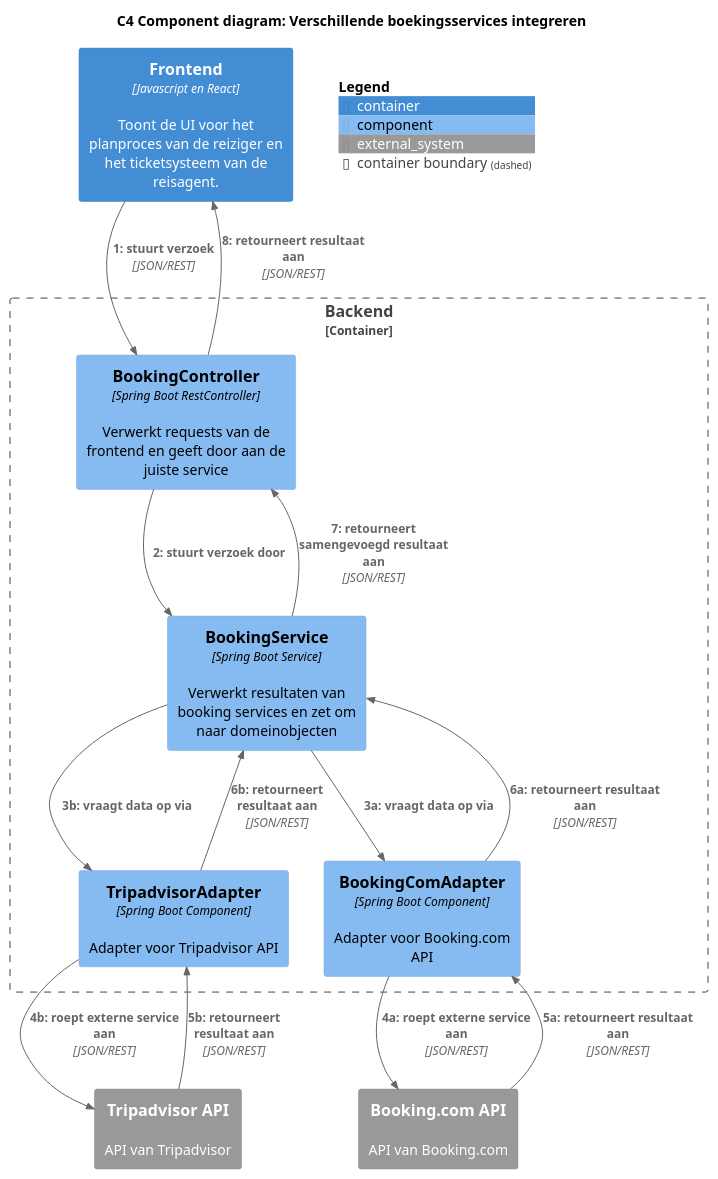
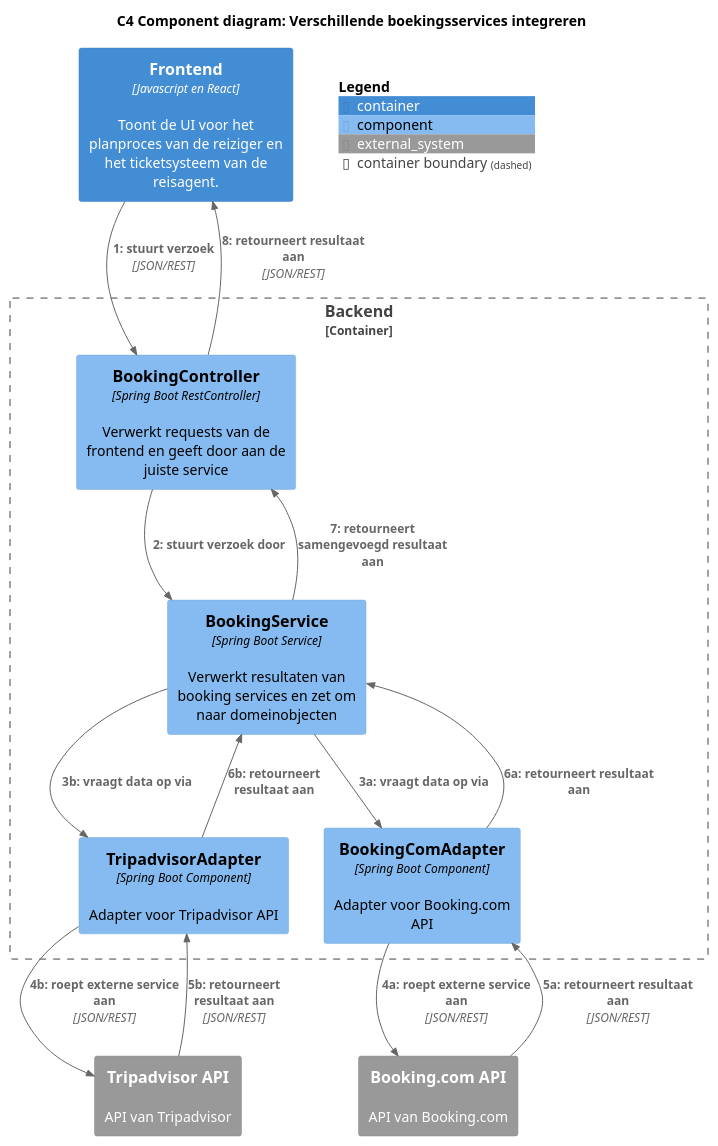
One commit to AIM-ENE-feb25/triptop-groep-4-jochem-roald-stijn-a changed the diagram in software-guidebook/sgb-bestanden/ontwerpvragen/Modifiability - dynamic Component diagram.puml. Above: the diagram before and after it, drawn with PlantUML.

Commit message:
Update Modifiability - dynamic Component diagram.puml

```diff
--- a/software-guidebook/sgb-bestanden/ontwerpvragen/Modifiability - dynamic Component diagram.puml
+++ b/software-guidebook/sgb-bestanden/ontwerpvragen/Modifiability - dynamic Component diagram.puml
@@ -1,36 +1,36 @@
 @startuml
 title C4 Component diagram: Verschillende boekingsservices integreren
 !include <C4/C4_Component.puml>
 top to bottom direction
 
 
 Container(Frontend, "Frontend", "Javascript en React", "Toont de UI voor het planproces van de reiziger en het ticketsysteem van de reisagent.")
 
 
 Container_Boundary(backend, "Backend") {
 Component(bookingController, "BookingController", "Spring Boot RestController", "Verwerkt requests van de frontend en geeft door aan de juiste service")
 Component(bookingService, "BookingService", "Spring Boot Service", "Verwerkt resultaten van booking services en zet om naar domeinobjecten")
 Component(BookingComAdapter, "BookingComAdapter", "Spring Boot Component", "Adapter voor Booking.com API")
 Component(tripAdvisorAdapter, "TripadvisorAdapter", "Spring Boot Component", "Adapter voor Tripadvisor API")
 }
 System_Ext(bookingComApi, "Booking.com API", "API van Booking.com")
 System_Ext(tripAdvisorApi, "Tripadvisor API", "API van Tripadvisor")
 
 Rel(Frontend, bookingController, "1: stuurt verzoek", "JSON/REST")
 Rel(bookingController, bookingService, "2: stuurt verzoek door")
 Rel(bookingService, BookingComAdapter, "3a: vraagt data op via")
 Rel(bookingService, tripAdvisorAdapter, " 3b: vraagt data op via")
 Rel(BookingComAdapter, bookingComApi, "4a: roept externe service aan", "JSON/REST")
 Rel(tripAdvisorAdapter, tripAdvisorApi, "4b: roept externe service aan", "JSON/REST")
 Rel_U(bookingComApi, BookingComAdapter, "5a: retourneert resultaat aan", "JSON/REST")
 Rel_U(tripAdvisorApi, tripAdvisorAdapter, "5b: retourneert resultaat aan", "JSON/REST")
-Rel_U(BookingComAdapter, bookingService, "6a: retourneert resultaat aan", "JSON/REST")
-Rel_U(tripAdvisorAdapter, bookingService, "6b: retourneert resultaat aan", "JSON/REST")
-Rel_U(bookingService, bookingController, "7: retourneert samengevoegd resultaat aan", "JSON/REST")
+Rel_U(BookingComAdapter, bookingService, "6a: retourneert resultaat aan")
+Rel_U(tripAdvisorAdapter, bookingService, "6b: retourneert resultaat aan")
+Rel_U(bookingService, bookingController, "7: retourneert samengevoegd resultaat aan")
 Rel_U(bookingController, Frontend, "8: retourneert resultaat aan", "JSON/REST")
 
 
 
 SHOW_FLOATING_LEGEND()
 
 @enduml
```
